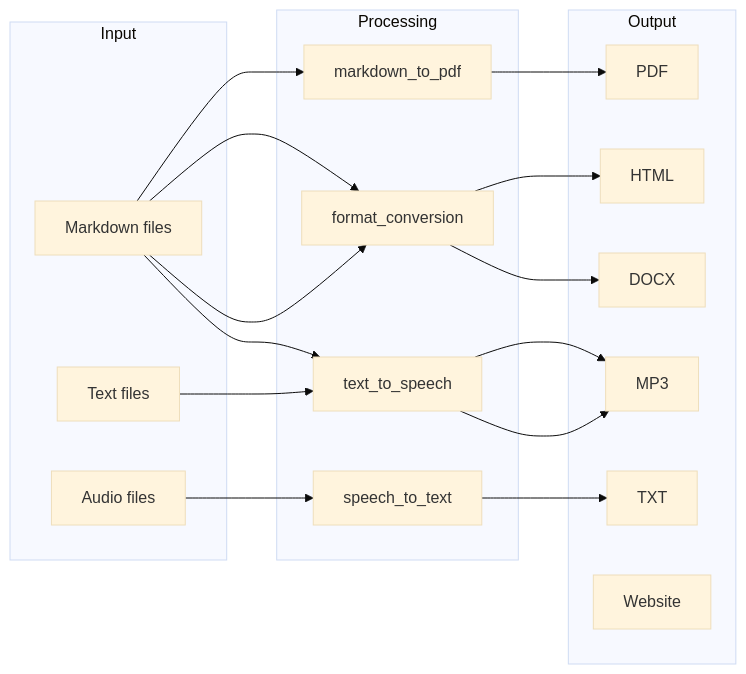
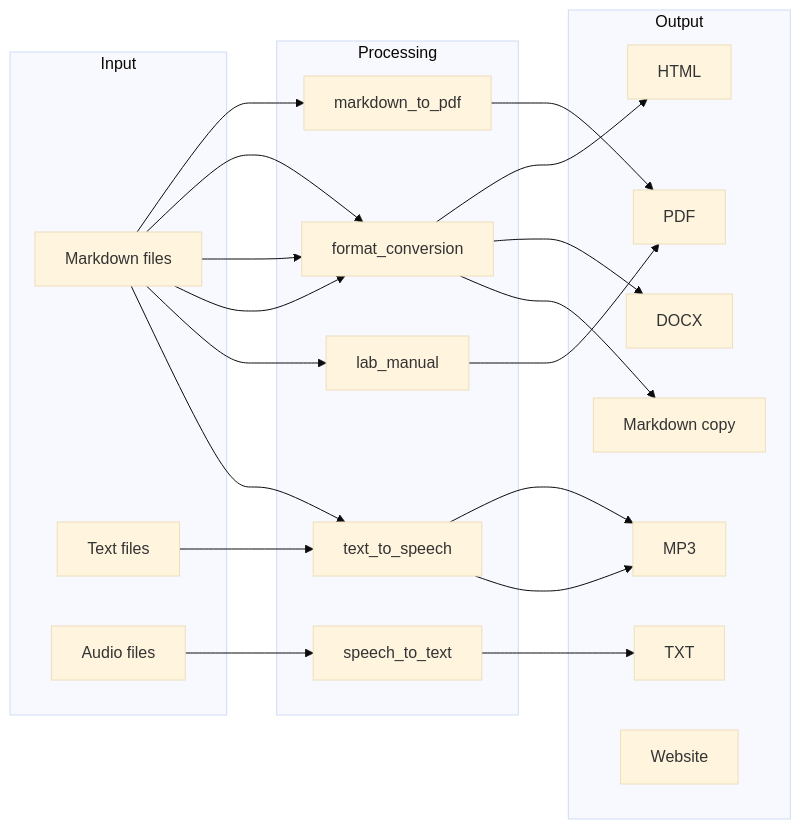
One commit to docxology/biol-1 changed the second of 4 diagrams in software/docs/ARCHITECTURE.md. Above: the diagram before and after it, drawn with Mermaid (base theme). The commit also changed other lines of this file and 169 other files, not shown here.

````diff
--- a/software/docs/ARCHITECTURE.md
+++ b/software/docs/ARCHITECTURE.md
@@ -120,31 +131,35 @@
 ```mermaid
 flowchart LR
     subgraph input[Input]
         MD["Markdown files"]
         TXT["Text files"]
         AUDIO["Audio files"]
     end
 
     subgraph processing[Processing]
         M2P["markdown_to_pdf"]
         TTS["text_to_speech"]
         STT["speech_to_text"]
         FC["format_conversion"]
+        LM["lab_manual"]
     end
 
     subgraph output[Output]
         PDF["PDF"]
         MP3["MP3"]
         HTML["HTML"]
         DOCX["DOCX"]
         TXTO["TXT"]
+        MDOUT["Markdown copy"]
         WEB["Website"]
     end
 
     MD --> M2P --> PDF
     MD --> FC --> HTML
     MD --> FC --> DOCX
+    MD --> FC --> MDOUT
+    MD --> LM --> PDF
     MD --> TTS --> MP3
     TXT --> TTS --> MP3
     AUDIO --> STT --> TXTO
 ```
````
